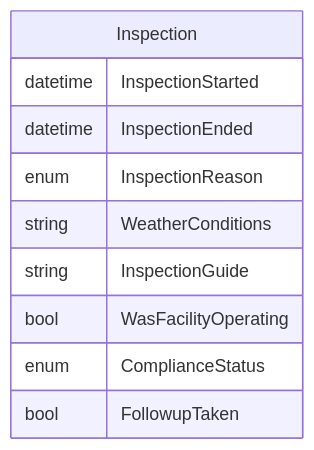
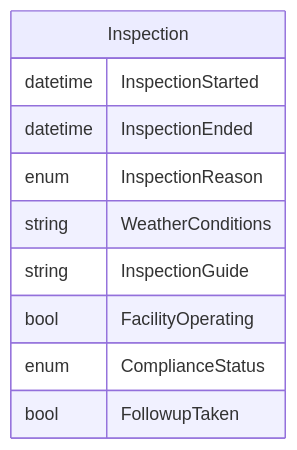
Before and after one commit to gaepdit/air-web: the second of 2 diagrams in docs/Workflows/Work-entries/Inspection.md, drawn with Mermaid. The commit also changed 8 other files, not shown here.

````diff
--- a/docs/Workflows/Work-entries/Inspection.md
+++ b/docs/Workflows/Work-entries/Inspection.md
@@ -48,13 +48,13 @@
 ```mermaid
 erDiagram
     Inspection {
         datetime InspectionStarted
         datetime InspectionEnded
         enum InspectionReason
         string WeatherConditions
         string InspectionGuide
-        bool WasFacilityOperating
+        bool FacilityOperating
         enum ComplianceStatus
         bool FollowupTaken
     }
 ```
````
